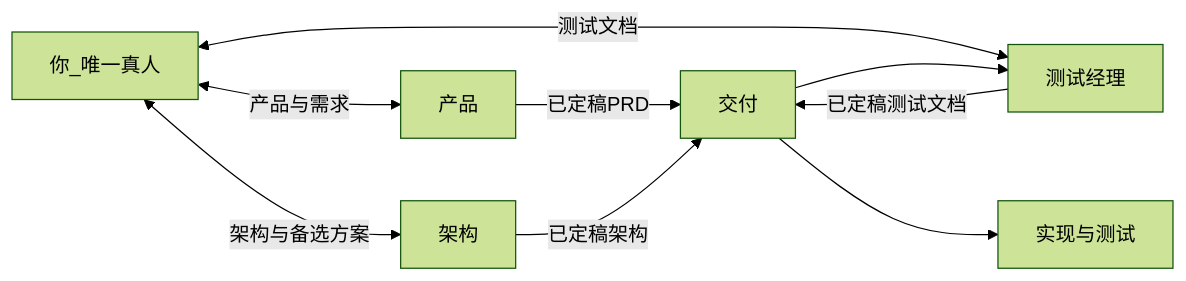
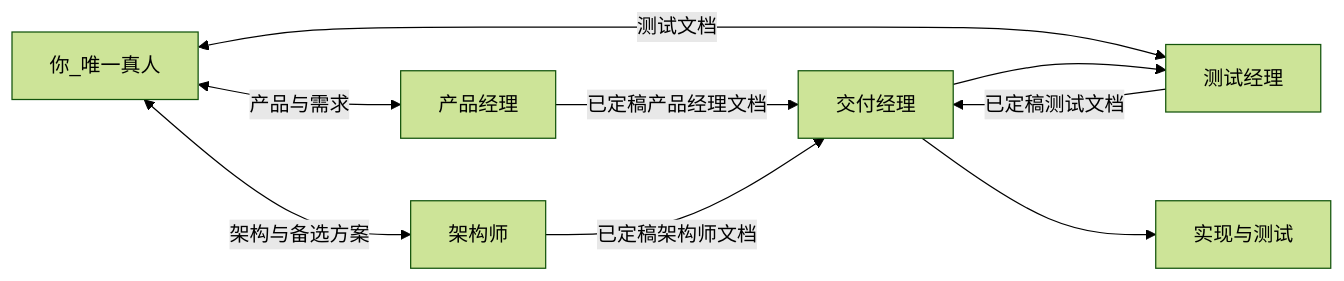
Before and after one commit to yiurenma/workflow-operation-api: the third of 3 diagrams in docs/agent-system.md, drawn with Mermaid (forest theme). The commit also changed other lines of this file, not shown here.

````diff
--- a/docs/agent-system.md
+++ b/docs/agent-system.md
@@ -146,18 +146,18 @@
 ```mermaid
-%% 关系简图：三线接口 + 交付枢纽
+%% 关系简图：三线接口 + 交付经理枢纽
 flowchart LR
   You[你_唯一真人]
-  PProd[产品]
-  Arch[架构]
+  PProd[产品经理]
+  Arch[架构师]
   TM[测试经理]
-  PPrj[交付]
+  PPrj[交付经理]
   Impl[实现与测试]
   You <-->|"产品与需求"| PProd
   You <-->|"架构与备选方案"| Arch
   You <-->|"测试文档"| TM
-  PProd -->|"已定稿PRD"| PPrj
-  Arch -->|"已定稿架构"| PPrj
+  PProd -->|"已定稿产品经理文档"| PPrj
+  Arch -->|"已定稿架构师文档"| PPrj
   PPrj --> TM
   TM -->|"已定稿测试文档"| PPrj
   PPrj --> Impl
 ```
````
